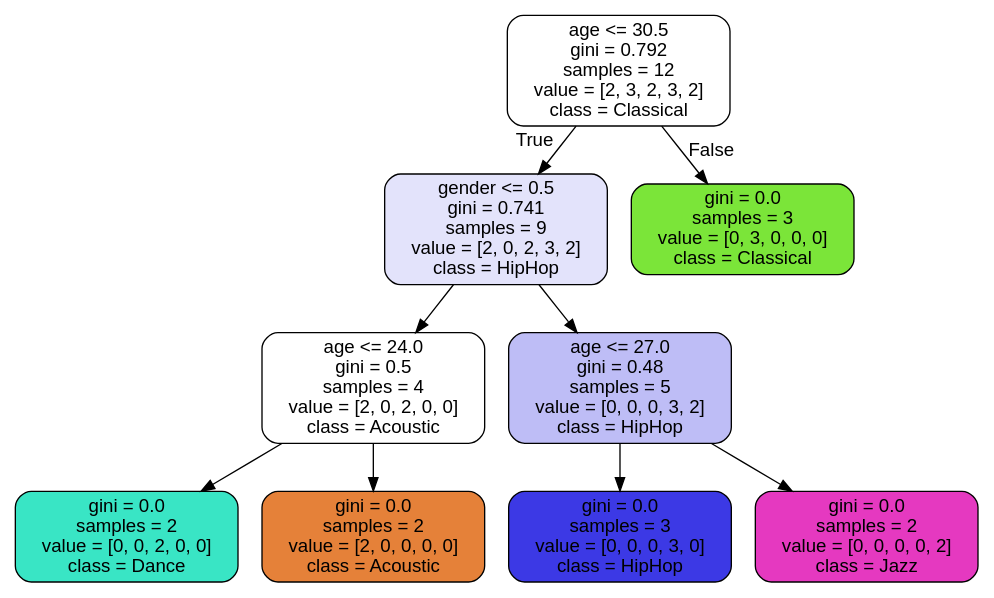
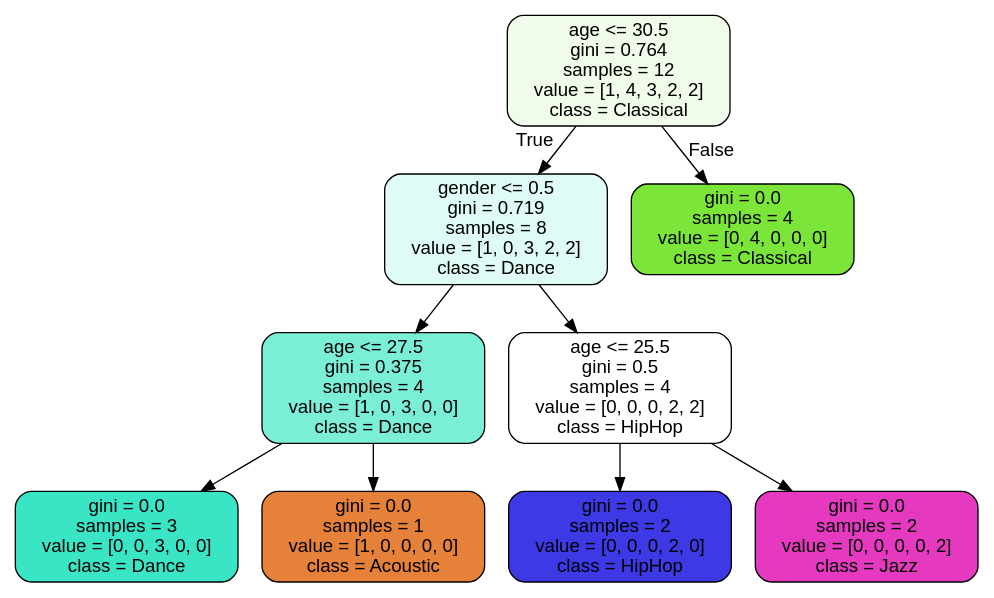
One commit to sabikrahat/machine_learning_algorithms changed the diagram in lab-1/musicModelViz.dot. Above: the diagram before and after it, drawn with Graphviz. The commit also changed 8 other files, not shown here.

```diff
--- a/lab-1/musicModelViz.dot
+++ b/lab-1/musicModelViz.dot
@@ -1,21 +1,21 @@
 digraph Tree {
 node [shape=box, style="filled, rounded", color="black", fontname="helvetica"] ;
 edge [fontname="helvetica"] ;
-0 [label="age <= 30.5\ngini = 0.792\nsamples = 12\nvalue = [2, 3, 2, 3, 2]\nclass = Classical", fillcolor="#ffffff"] ;
-1 [label="gender <= 0.5\ngini = 0.741\nsamples = 9\nvalue = [2, 0, 2, 3, 2]\nclass = HipHop", fillcolor="#e3e3fb"] ;
+0 [label="age <= 30.5\ngini = 0.764\nsamples = 12\nvalue = [1, 4, 3, 2, 2]\nclass = Classical", fillcolor="#f0fce9"] ;
+1 [label="gender <= 0.5\ngini = 0.719\nsamples = 8\nvalue = [1, 0, 3, 2, 2]\nclass = Dance", fillcolor="#defbf5"] ;
 0 -> 1 [labeldistance=2.5, labelangle=45, headlabel="True"] ;
-2 [label="age <= 24.0\ngini = 0.5\nsamples = 4\nvalue = [2, 0, 2, 0, 0]\nclass = Acoustic", fillcolor="#ffffff"] ;
+2 [label="age <= 27.5\ngini = 0.375\nsamples = 4\nvalue = [1, 0, 3, 0, 0]\nclass = Dance", fillcolor="#7beed8"] ;
 1 -> 2 ;
-3 [label="gini = 0.0\nsamples = 2\nvalue = [0, 0, 2, 0, 0]\nclass = Dance", fillcolor="#39e5c5"] ;
+3 [label="gini = 0.0\nsamples = 3\nvalue = [0, 0, 3, 0, 0]\nclass = Dance", fillcolor="#39e5c5"] ;
 2 -> 3 ;
-4 [label="gini = 0.0\nsamples = 2\nvalue = [2, 0, 0, 0, 0]\nclass = Acoustic", fillcolor="#e58139"] ;
+4 [label="gini = 0.0\nsamples = 1\nvalue = [1, 0, 0, 0, 0]\nclass = Acoustic", fillcolor="#e58139"] ;
 2 -> 4 ;
-5 [label="age <= 27.0\ngini = 0.48\nsamples = 5\nvalue = [0, 0, 0, 3, 2]\nclass = HipHop", fillcolor="#bebdf6"] ;
+5 [label="age <= 25.5\ngini = 0.5\nsamples = 4\nvalue = [0, 0, 0, 2, 2]\nclass = HipHop", fillcolor="#ffffff"] ;
 1 -> 5 ;
-6 [label="gini = 0.0\nsamples = 3\nvalue = [0, 0, 0, 3, 0]\nclass = HipHop", fillcolor="#3c39e5"] ;
+6 [label="gini = 0.0\nsamples = 2\nvalue = [0, 0, 0, 2, 0]\nclass = HipHop", fillcolor="#3c39e5"] ;
 5 -> 6 ;
 7 [label="gini = 0.0\nsamples = 2\nvalue = [0, 0, 0, 0, 2]\nclass = Jazz", fillcolor="#e539c0"] ;
 5 -> 7 ;
-8 [label="gini = 0.0\nsamples = 3\nvalue = [0, 3, 0, 0, 0]\nclass = Classical", fillcolor="#7be539"] ;
+8 [label="gini = 0.0\nsamples = 4\nvalue = [0, 4, 0, 0, 0]\nclass = Classical", fillcolor="#7be539"] ;
 0 -> 8 [labeldistance=2.5, labelangle=-45, headlabel="False"] ;
 }
```
